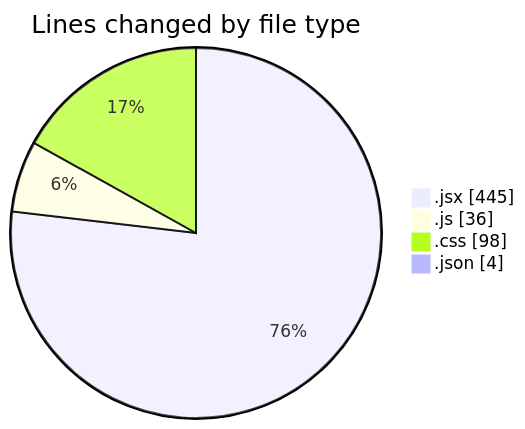
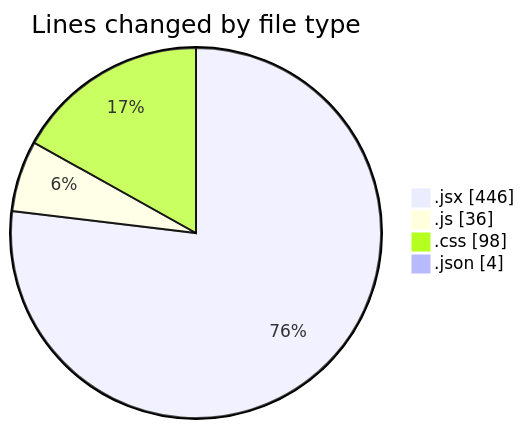
The first of 2 diagrams in 2025-03-09/elitesgpt/README.md (Elitesun/code-tracking), drawn with Mermaid before and after one commit. The commit also changed other lines of this file and 1 other file, not shown here.

````diff
--- a/2025-03-09/elitesgpt/README.md
+++ b/2025-03-09/elitesgpt/README.md
@@ -26,8 +26,8 @@
 ```mermaid
 pie showData
 title Lines changed by file type
-".jsx" : 445
+".jsx" : 446
 ".js" : 36
 ".css" : 98
 ".json" : 4
 ```
````
